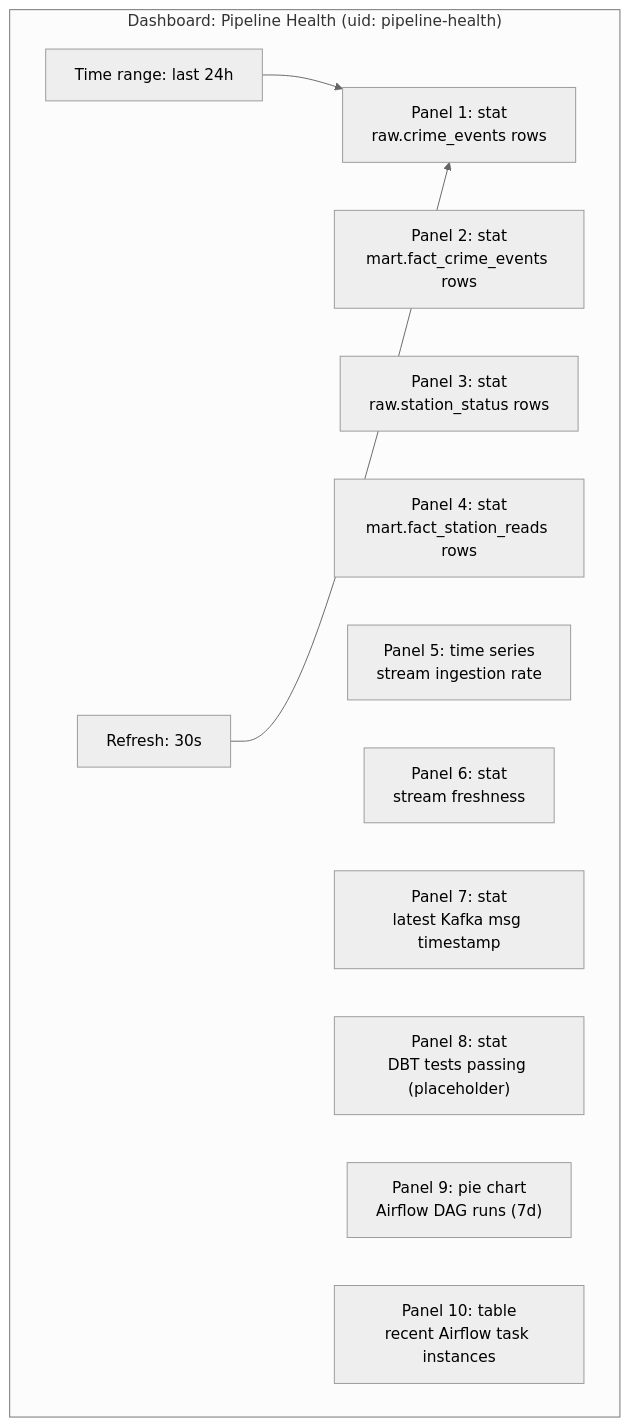
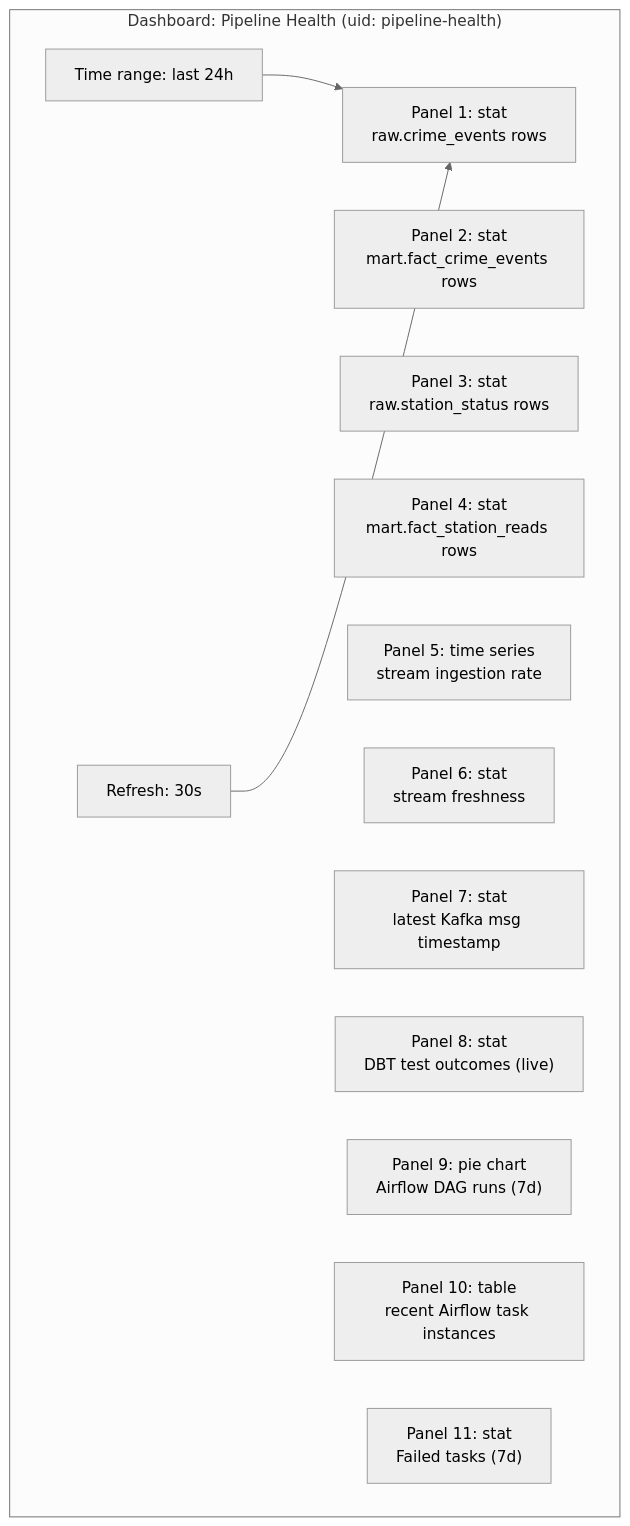
The third of 12 diagrams in docs/knowledge/grafana.md (SagarMarthandan/chicago-data-pipeline), drawn with Mermaid (neutral theme) before and after one commit. The commit also changed other lines of this file and 8 other files, not shown here.

````diff
--- a/docs/knowledge/grafana.md
+++ b/docs/knowledge/grafana.md
@@ -91,20 +91,21 @@
 ```mermaid
 graph TB
     subgraph "Dashboard: Pipeline Health (uid: pipeline-health)"
         TIME["Time range: last 24h"]
         REFRESH["Refresh: 30s"]
         P1["Panel 1: stat<br/>raw.crime_events rows"]
         P2["Panel 2: stat<br/>mart.fact_crime_events rows"]
         P3["Panel 3: stat<br/>raw.station_status rows"]
         P4["Panel 4: stat<br/>mart.fact_station_reads rows"]
         P5["Panel 5: time series<br/>stream ingestion rate"]
         P6["Panel 6: stat<br/>stream freshness"]
         P7["Panel 7: stat<br/>latest Kafka msg timestamp"]
-        P8["Panel 8: stat<br/>DBT tests passing (placeholder)"]
+        P8["Panel 8: stat<br/>DBT test outcomes (live)"]
         P9["Panel 9: pie chart<br/>Airflow DAG runs (7d)"]
         P10["Panel 10: table<br/>recent Airflow task instances"]
+        P11["Panel 11: stat<br/>Failed tasks (7d)"]
     end
 
     TIME --> P1
     REFRESH --> P1
 ```
````
